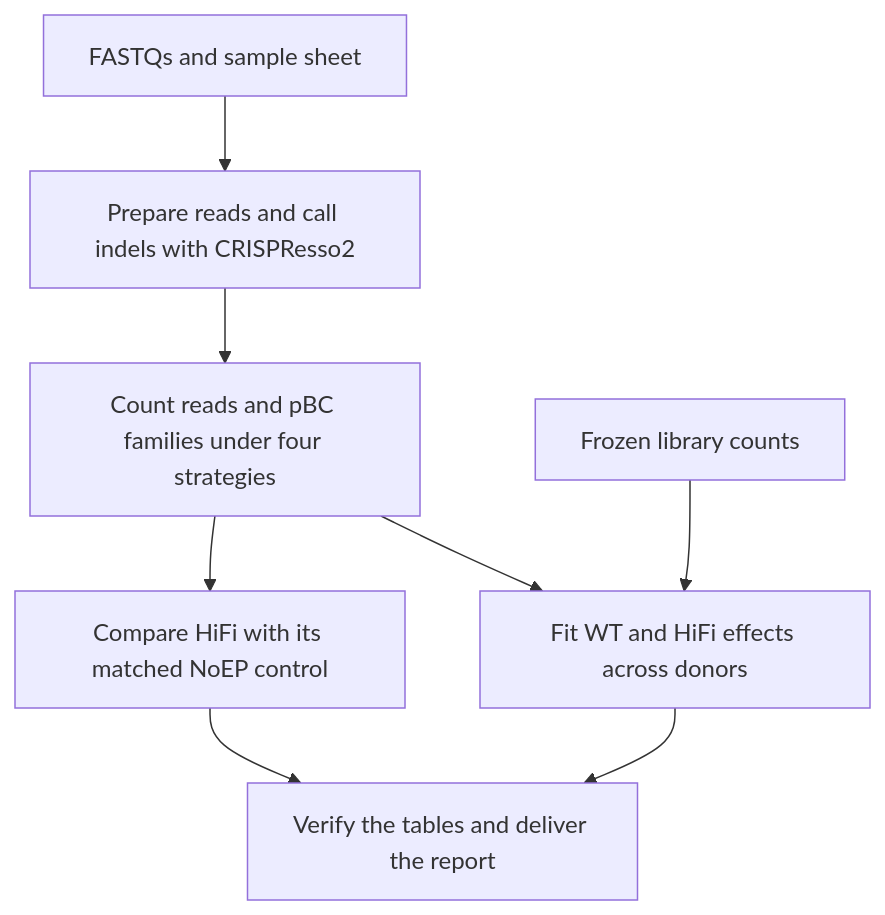
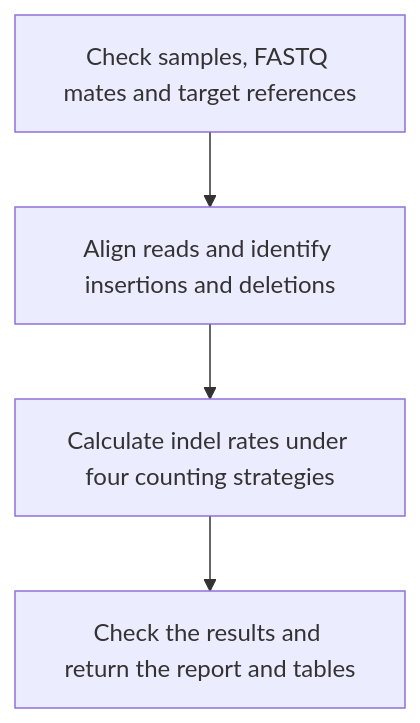
One commit to JasonLinjc/ABSOLVE-seq-agent changed the diagram in README.md. Above: the diagram before and after it, drawn with Mermaid. The commit also changed other lines of this file, not shown here.

Commit message:
Explain the FASTQ workflow and define saved library counts

````diff
--- a/README.md
+++ b/README.md
@@ -75,10 +75,8 @@
 ```mermaid
 flowchart TD
-    reads["FASTQs and sample sheet"] --> align["Prepare reads and call indels with CRISPResso2"]
-    align --> counts["Count reads and pBC families under four strategies"]
-    counts --> pair["Compare HiFi with its matched NoEP control"]
-    counts --> panel["Fit WT and HiFi effects across donors"]
-    frozen["Frozen library counts"] --> panel
-    pair --> report["Verify the tables and deliver the report"]
-    panel --> report
+    inputs["Check samples, FASTQ mates and target references"]
+    reads["Align reads and identify insertions and deletions"]
+    rates["Calculate indel rates under four counting strategies"]
+    report["Check the results and return the report and tables"]
+    inputs --> reads --> rates --> report
 ```
````
